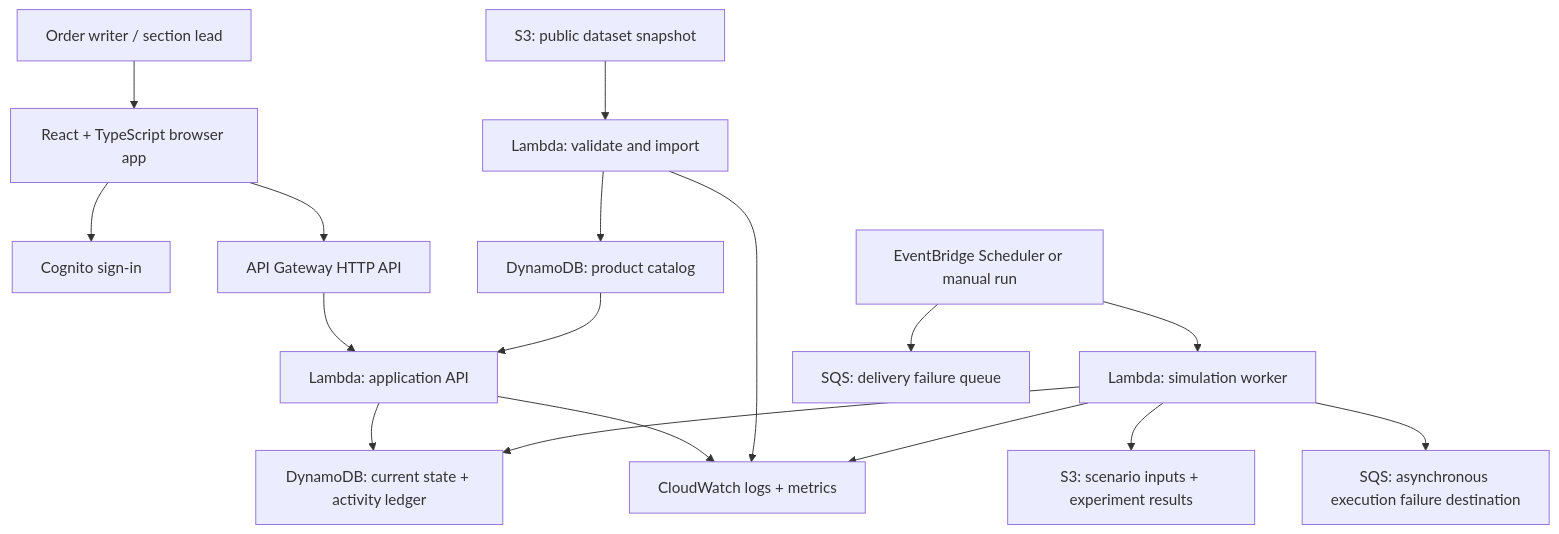
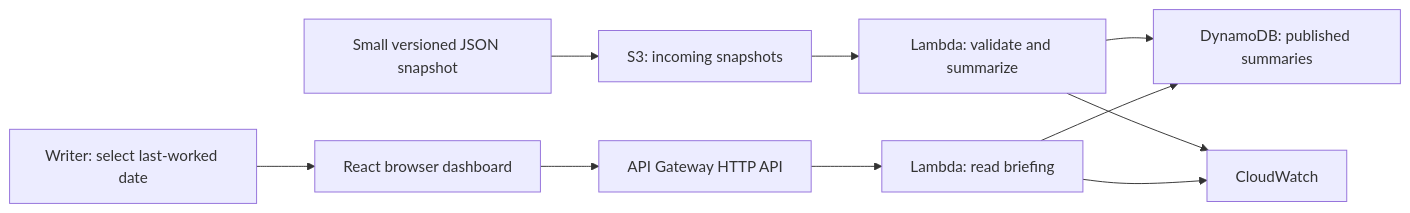
Before and after one commit to irisyjchang/tjs-helper: the diagram in order-writer-design.md, drawn with Mermaid. The commit also changed other lines of this file, not shown here.

Commit message:
Scope design to one-hour shift briefing portfolio prototype

````diff
--- a/order-writer-design.md
+++ b/order-writer-design.md
@@ -71,22 +72,12 @@
 ```mermaid
-flowchart TD
-    U[Order writer / section lead] --> UI[React + TypeScript browser app]
-    UI --> AUTH[Cognito sign-in]
+flowchart LR
+    INPUT[Small versioned JSON snapshot] --> S3[S3: incoming snapshots]
+    S3 --> INGEST[Lambda: validate and summarize]
+    INGEST --> DB[DynamoDB: published summaries]
+    USER[Writer: select last-worked date] --> UI[React browser dashboard]
     UI --> API[API Gateway HTTP API]
-    API --> L[Lambda: application API]
-    L --> DB[DynamoDB: current state + activity ledger]
-
-    RAW[S3: public dataset snapshot] --> IMP[Lambda: validate and import]
-    IMP --> CAT[DynamoDB: product catalog]
-    CAT --> L
-
-    SCH[EventBridge Scheduler or manual run] --> SIM[Lambda: simulation worker]
-    SIM --> DB
-    SIM --> OUT[S3: scenario inputs + experiment results]
-    SCH --> DLQ[SQS: delivery failure queue]
-    SIM --> FAIL[SQS: asynchronous execution failure destination]
-
-    L --> LOG[CloudWatch logs + metrics]
-    IMP --> LOG
-    SIM --> LOG
+    API --> READ[Lambda: read briefing]
+    READ --> DB
+    INGEST --> LOG[CloudWatch]
+    READ --> LOG
 ```
````
